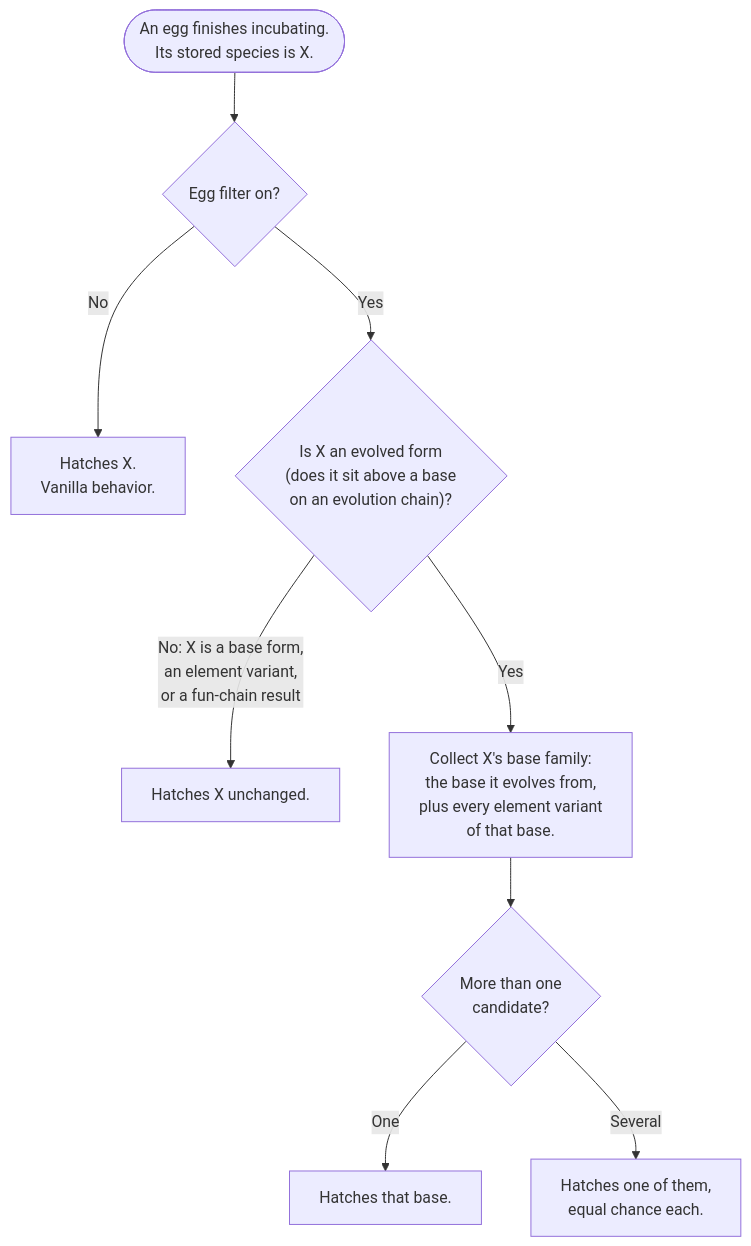
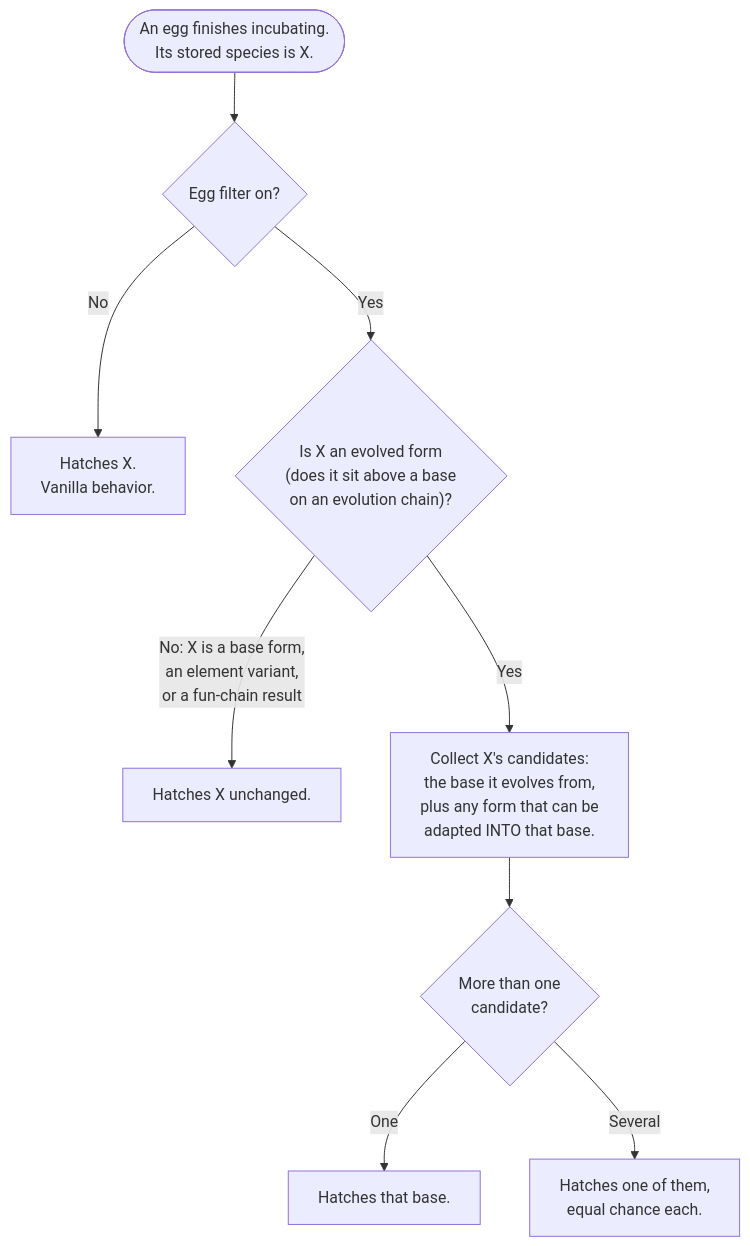
The first of 2 diagrams in EGG-FILTER.md (DooDesch-Mods/Palworld-Palvolve), drawn with Mermaid before and after one commit. The commit also changed other lines of this file and 1 other file, not shown here.

First line of the commit message:
fix(eggfilter): stop offering sibling element variants as base forms

````diff
--- a/EGG-FILTER.md
+++ b/EGG-FILTER.md
@@ -28,11 +28,11 @@
 ```mermaid
 flowchart TD
     A(["An egg finishes incubating.<br/>Its stored species is X."]) --> B{"Egg filter on?"}
     B -->|No| Z1["Hatches X.<br/>Vanilla behavior."]
     B -->|Yes| C{"Is X an evolved form<br/>(does it sit above a base<br/>on an evolution chain)?"}
     C -->|"No: X is a base form,<br/>an element variant,<br/>or a fun-chain result"| Z2["Hatches X unchanged."]
-    C -->|"Yes"| D["Collect X's base family:<br/>the base it evolves from,<br/>plus every element variant<br/>of that base."]
+    C -->|"Yes"| D["Collect X's candidates:<br/>the base it evolves from,<br/>plus any form that can be<br/>adapted INTO that base."]
     D --> E{"More than one<br/>candidate?"}
     E -->|"One"| Z3["Hatches that base."]
     E -->|"Several"| Z4["Hatches one of them,<br/>equal chance each."]
 ```
````
